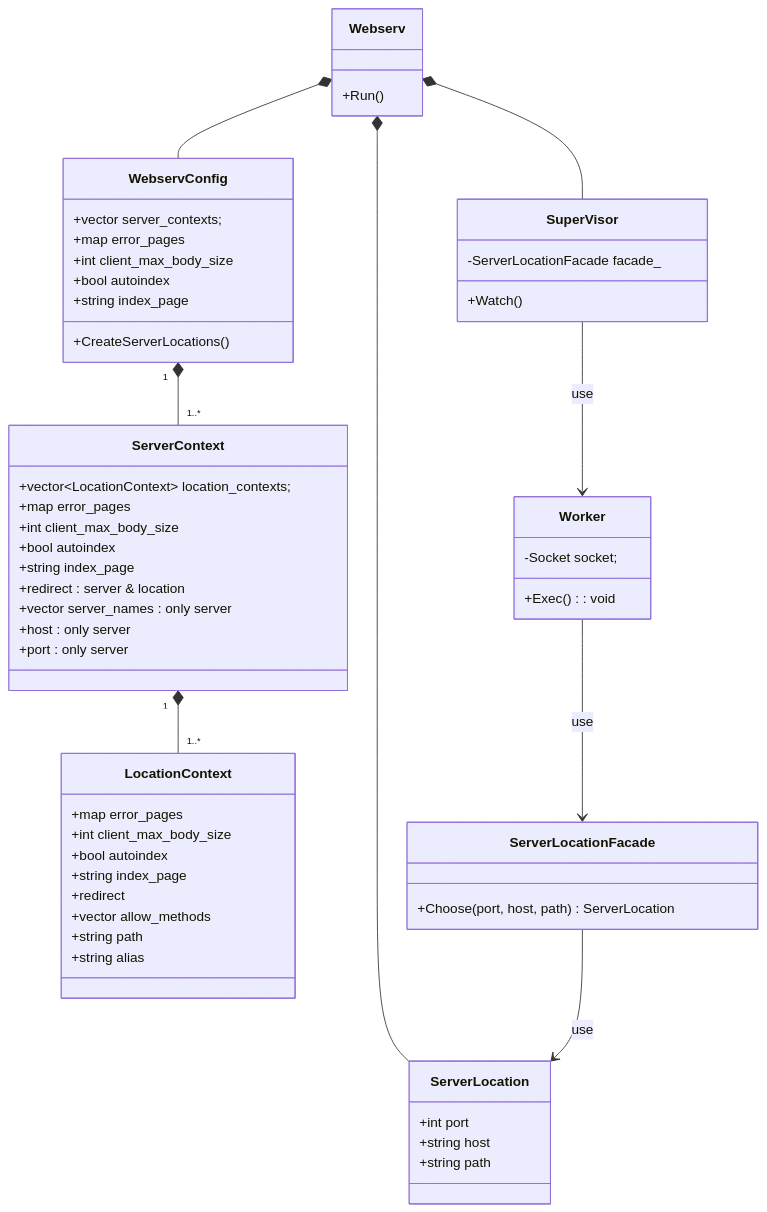
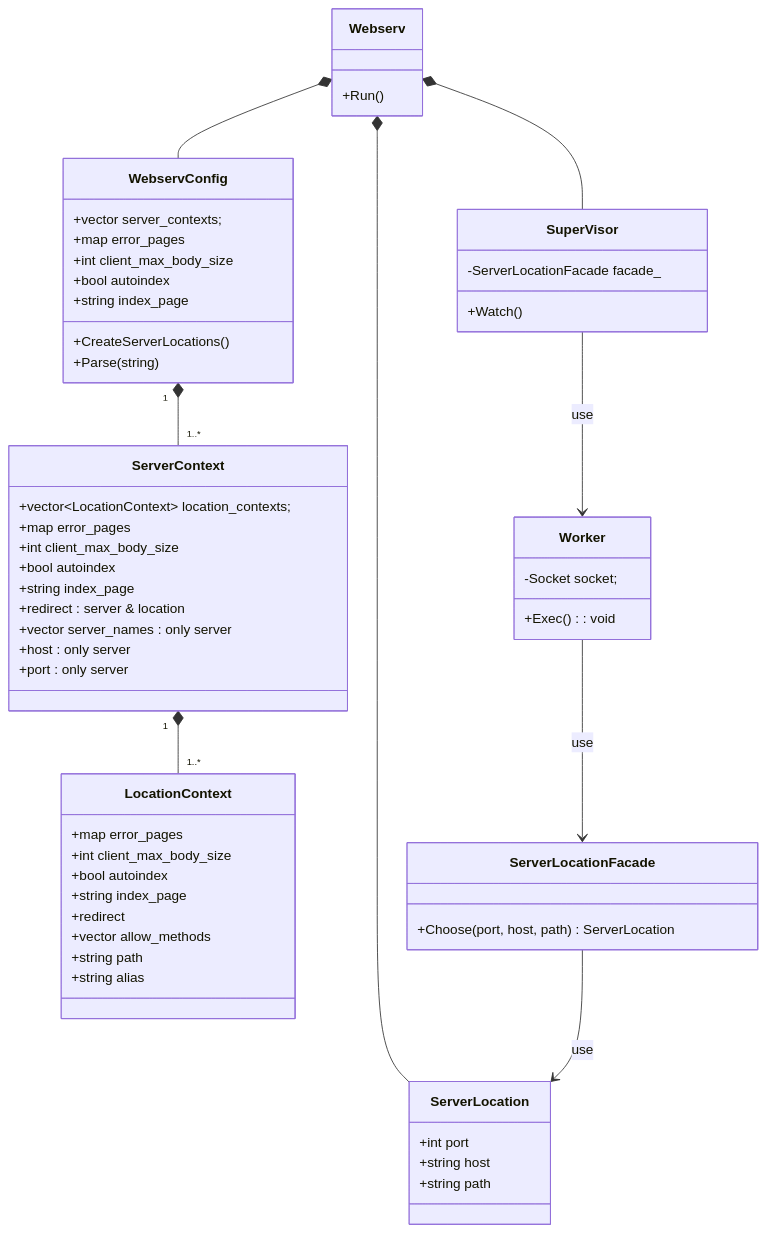
Before and after one commit to katataku/webserv: the diagram in docs/class/config_class.md, drawn with Mermaid.

````diff
--- a/docs/class/config_class.md
+++ b/docs/class/config_class.md
@@ -1,75 +1,76 @@
 ```mermaid
 classDiagram
     Webserv *-- WebservConfig
     WebservConfig "1" *-- "1..*" ServerContext
     ServerContext "1" *-- "1..*" LocationContext
 
     Webserv *-- SuperVisor
     Webserv *-- ServerLocation
     SuperVisor --> Worker : use
     Worker --> ServerLocationFacade : use
     ServerLocationFacade --> ServerLocation: use
 
     class WebservConfig {
         +vector<ServerContext> server_contexts;
         +map<int, string> error_pages
         +int client_max_body_size
         +bool autoindex
         +string index_page
         +CreateServerLocations()
+        +Parse(string)
     }
 
     %% TODO: listenディレクトリは複数指定できるかを確認 %%
     %% TODO: redirectの持ち方を検討 %%
     class ServerContext {
         +vector~LocationContext~ location_contexts;
         +map<int, string> error_pages
         +int client_max_body_size
         +bool autoindex
         +string index_page
         +redirect : server & location
         +vector<string> server_names : only server
         +host : only server
         +port : only server
     }
 
     class LocationContext {
         +map<int, string> error_pages
         +int client_max_body_size
         +bool autoindex
         +string index_page
         +redirect
         +vector<string> allow_methods
         +string path
         +string alias
     }
 
     class Webserv {
         +Run()
     }
 
     %% IO多重化とソケットクラスを生成してWorkerに処理を依頼するまでを担当する%%
     class SuperVisor {
         -ServerLocationFacade facade_
         +Watch()
     }
 
     %% Socketを元に具体的な処理を担当する。 %%
     %% Requestを受け付けてResponseの返却をする %%
     class Worker {
         -Socket socket;
         +Exec() : void
     }
 
     %% どのServerLocationを使用するかを決定する責務 %%
     class ServerLocationFacade {
         +Choose(port, host, path)　ServerLocation
     }
 
     %% configを元に各locationごとの設定 %%
     class ServerLocation {
         +int port
         +string host
         +string path
     }
 ```
````
